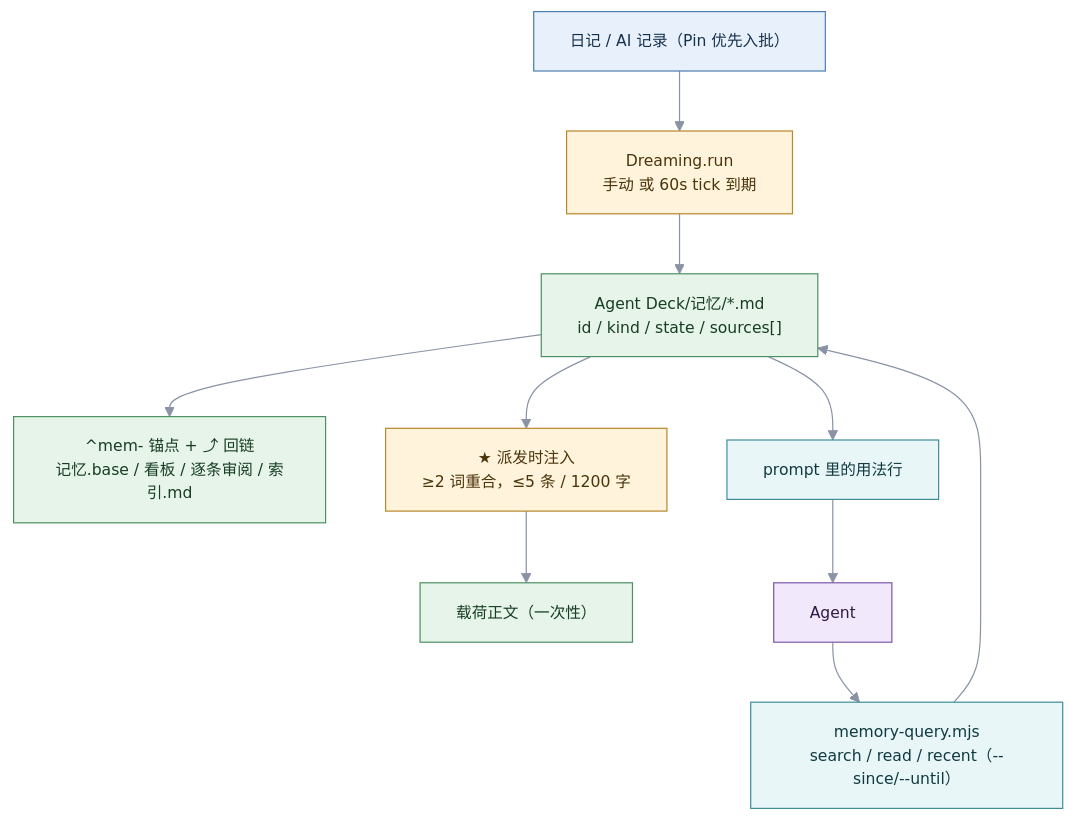
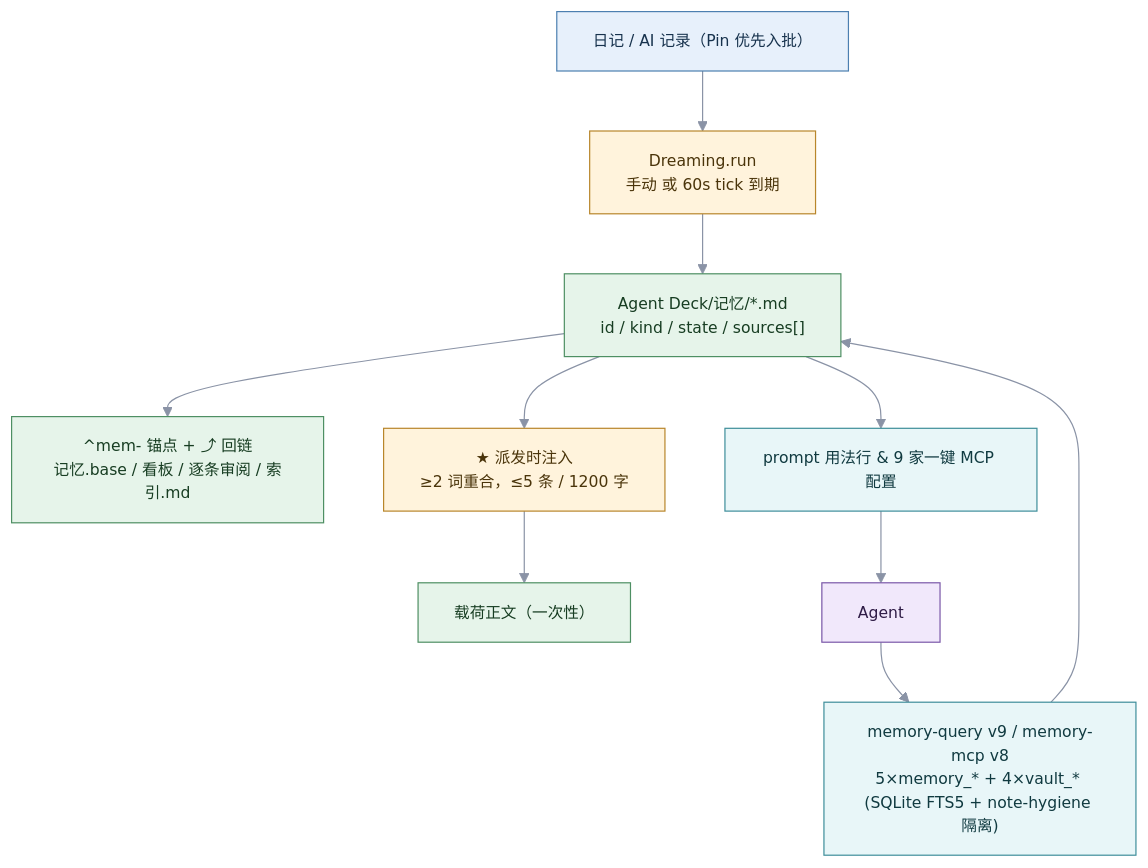
The fourth of 5 diagrams in docs/specs/information-flow.zh-CN.md (MatsuriMW/obsidian-agent-deck), drawn with Mermaid before and after one commit. The commit also changed other lines of this file and 90 other files, not shown here.

Commit message:
chore(release): 1.13.33 memory graph, Dream MCP settings, unified AI snapshot, mirror bridge & progress context

````diff
--- a/docs/specs/information-flow.zh-CN.md
+++ b/docs/specs/information-flow.zh-CN.md
@@ -118,25 +117,25 @@
 ```mermaid
 %%{init: {"theme":"base","themeVariables":{"fontSize":"13px","lineColor":"#8A93A6"}}}%%
 flowchart TB
   classDef src fill:#E7F0FB,stroke:#4C7FB0,color:#17324D
   classDef dream fill:#FFF3DC,stroke:#B8862B,color:#4A340A
   classDef mem fill:#E6F4EA,stroke:#4E8F63,color:#173D22
   classDef agent fill:#F1E8FB,stroke:#7A57A8,color:#2E1B45
   classDef tool fill:#E8F6F8,stroke:#3E8E9A,color:#103A40
 
   J["日记 / AI 记录（Pin 优先入批）"]:::src
   RUN["Dreaming.run<br/>手动 或 60s tick 到期"]:::dream
   FILE["Agent Deck/记忆/*.md<br/>id / kind / state / sources[]"]:::mem
   MEM["^mem- 锚点 + ⤴ 回链<br/>记忆.base / 看板 / 逐条审阅 / 索引.md"]:::mem
   INJ["★ 派发时注入<br/>≥2 词重合，≤5 条 / 1200 字"]:::dream
   PAY["载荷正文（一次性）"]:::mem
-  HINT["prompt 里的用法行"]:::tool
-  CLI["memory-query.mjs<br/>search / read / recent（--since/--until）"]:::tool
+  HINT["prompt 用法行 & 9 家一键 MCP 配置"]:::tool
+  CLI["memory-query v9 / memory-mcp v8<br/>5×memory_* + 4×vault_* (SQLite FTS5 + note-hygiene 隔离)"]:::tool
   A["Agent"]:::agent
 
   J --> RUN --> FILE --> MEM
   FILE --> INJ --> PAY
   FILE --> HINT
   HINT --> A
   A --> CLI --> FILE
 ```
````
